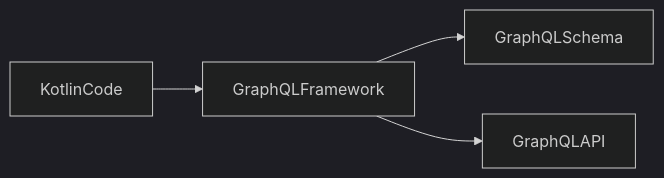
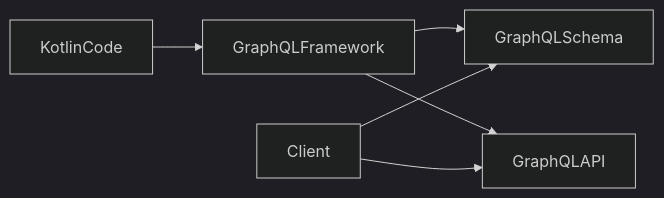
One commit to arutz/ccgql changed the third of 4 diagrams in presentation/Code centric GraphQL/slides.md. Above: the diagram before and after it, drawn with Mermaid (dark theme). The commit also changed other lines of this file and 31 other files, not shown here.

````diff
--- a/presentation/Code centric GraphQL/slides.md
+++ b/presentation/Code centric GraphQL/slides.md
@@ -149,6 +149,8 @@
 ```mermaid
 flowchart LR
 KotlinCode --> GraphQLFramework
 GraphQLFramework --> GraphQLSchema
 GraphQLFramework --> GraphQLAPI
+Client --> GraphQLAPI
+Client --> GraphQLSchema
 ```
````
